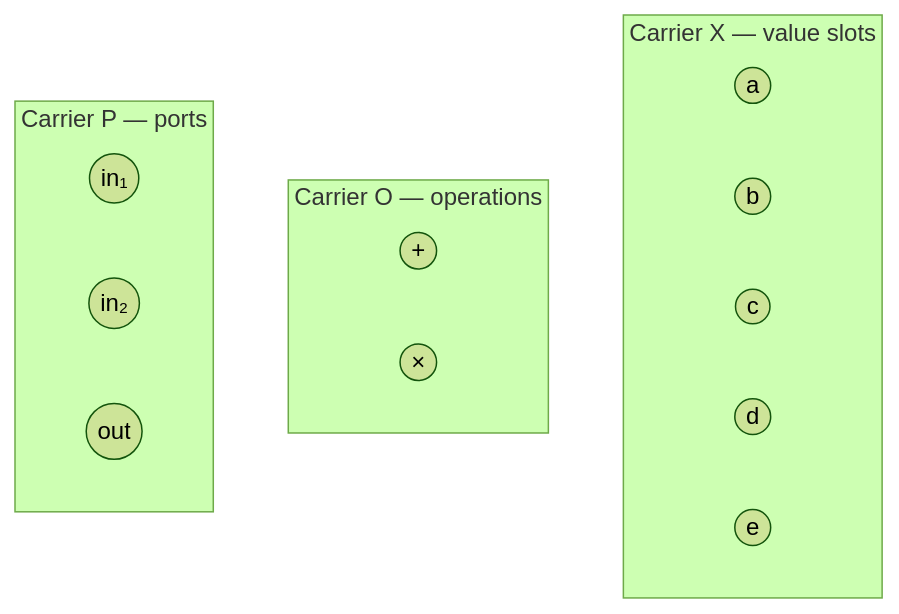
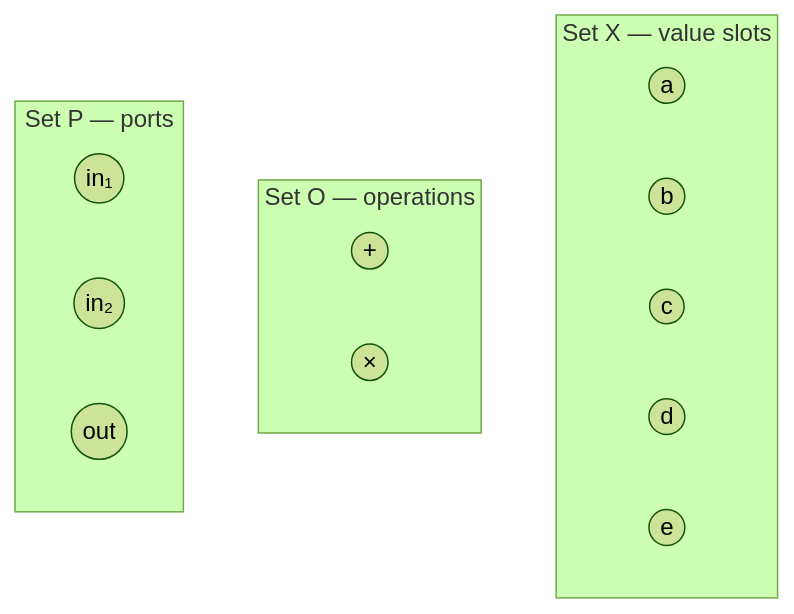
The third of 14 diagrams in test/calculator-tower/README.md (komahanb/unstructured-finite-volume), drawn with Mermaid (forest theme) before and after one commit. The commit also changed other lines of this file and 268 other files, not shown here.

````diff
--- a/test/calculator-tower/README.md
+++ b/test/calculator-tower/README.md
@@ -150,21 +150,21 @@
 ```mermaid
 flowchart TB
-    subgraph X["Carrier X — value slots"]
+    subgraph X["Set X — value slots"]
         a((a))
         b((b))
         c((c))
         d((d))
         e((e))
     end
 
-    subgraph O["Carrier O — operations"]
+    subgraph O["Set O — operations"]
         plus((+))
         times((×))
     end
 
-    subgraph P["Carrier P — ports"]
+    subgraph P["Set P — ports"]
         i1((in₁))
         i2((in₂))
         out((out))
     end
 ```
````
